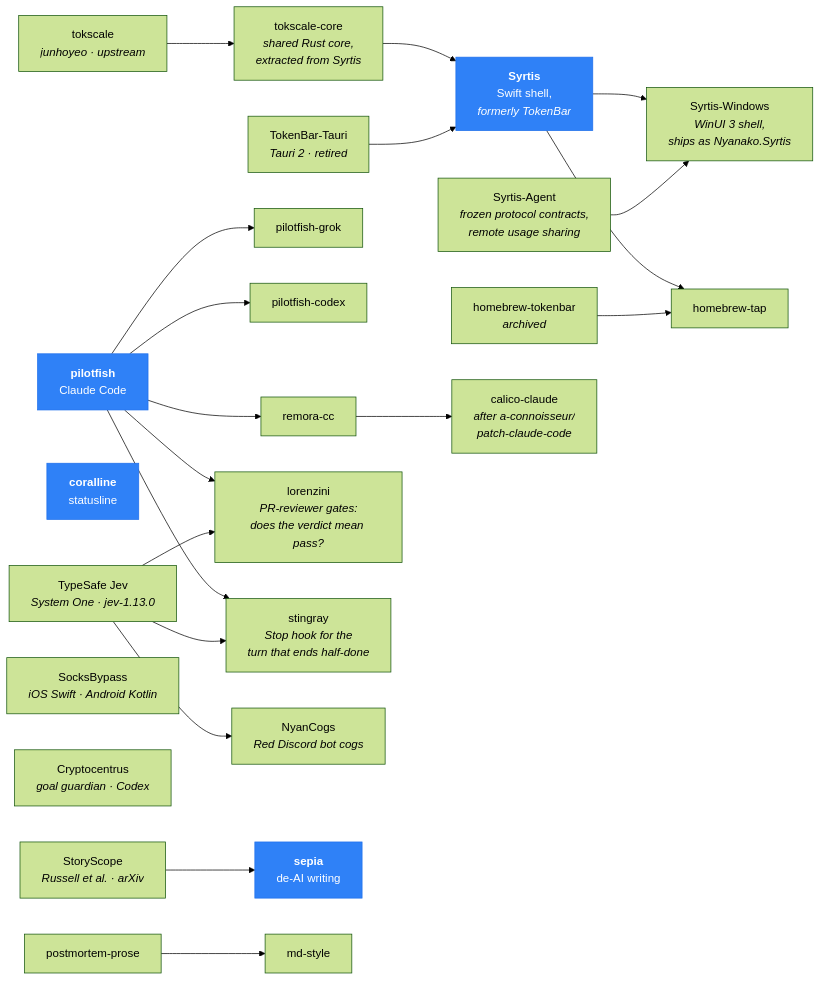
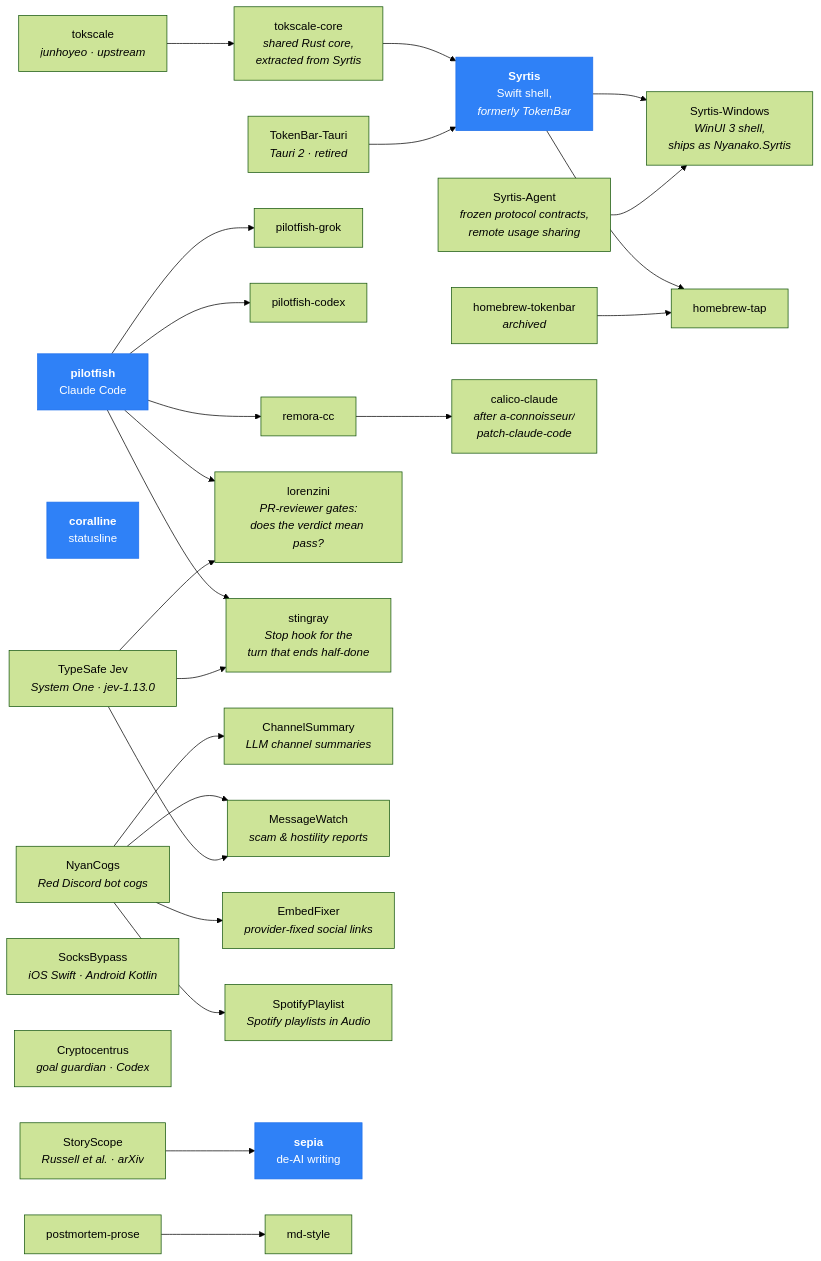
One commit to Nanako0129/Nanako0129 changed the diagram in README.md. Above: the diagram before and after it, drawn with Mermaid (forest theme).

Commit message:
docs(readme): draw NyanCogs' four cogs in the lineage diagram
NyanCogs was a single leaf node. It now fans out to the cogs its README
lists: ChannelSummary, MessageWatch, EmbedFixer and SpotifyPlaylist,
each with a short blurb taken from that table.

The TypeSafe Jev edge moves from NyanCogs to MessageWatch. A grep of
the NyanCogs tree for typesafe/jev matches only messagewatch/ (info.json,
messagewatch.py, its test), so pointing Jev at the whole repository
overstated the dependency.

Verified: the mermaid block renders with mermaid-cli. GitHub's own
renderer may lay it out differently.

Claude-Session: https://claude.ai/code/session_013NZausV1DnTh6u8WAvsYMN

````diff
--- a/README.md
+++ b/README.md
@@ -119,30 +119,34 @@
 ```mermaid
 graph LR
   TS["tokscale<br/><i>junhoyeo · upstream</i>"] --> TC["tokscale-core<br/><i>shared Rust core,<br/>extracted from Syrtis</i>"]
   TC --> T2
   T1["TokenBar-Tauri<br/><i>Tauri 2 · retired</i>"] --> T2["<b>Syrtis</b><br/>Swift shell,<br/><i>formerly TokenBar</i>"]
   T2 --> T3["Syrtis-Windows<br/><i>WinUI 3 shell,<br/>ships as Nyanako.Syrtis</i>"]
   T2 --> T4["homebrew-tap"]
   T5["homebrew-tokenbar<br/><i>archived</i>"] --> T4
   SY["Syrtis-Agent<br/><i>frozen protocol contracts,<br/>remote usage sharing</i>"] --> T3
 
   P1["<b>pilotfish</b><br/>Claude Code"] --> P2["pilotfish-grok"]
   P1 --> P3["pilotfish-codex"]
   P1 --> P4["remora-cc"]
   P4 --> P5["calico-claude<br/><i>after a-connoisseur/<br/>patch-claude-code</i>"]
   P1 --> L1["lorenzini<br/><i>PR-reviewer gates:<br/>does the verdict mean pass?</i>"]
   P1 --> ST["stingray<br/><i>Stop hook for the<br/>turn that ends half-done</i>"]
 
   C1["<b>coralline</b><br/>statusline"]
   JV["TypeSafe Jev<br/><i>System One · jev-1.13.0</i>"] --> L1
   JV --> ST
-  JV --> N1["NyanCogs<br/><i>Red Discord bot cogs</i>"]
+  N1["NyanCogs<br/><i>Red Discord bot cogs</i>"] --> NC1["ChannelSummary<br/><i>LLM channel summaries</i>"]
+  N1 --> NC2["MessageWatch<br/><i>scam &amp; hostility reports</i>"]
+  N1 --> NC3["EmbedFixer<br/><i>provider-fixed social links</i>"]
+  N1 --> NC4["SpotifyPlaylist<br/><i>Spotify playlists in Audio</i>"]
+  JV --> NC2
   S1["SocksBypass<br/><i>iOS Swift · Android Kotlin</i>"]
   CR["Cryptocentrus<br/><i>goal guardian · Codex</i>"]
 
   SS["StoryScope<br/><i>Russell et al. · arXiv</i>"] --> W3["<b>sepia</b><br/>de-AI writing"]
   W1["postmortem-prose"] --> W2["md-style"]
 
   classDef flagship fill:#2f81f7,stroke:#1f6feb,color:#fff
   class T2,P1,C1,W3 flagship
 ```
````
